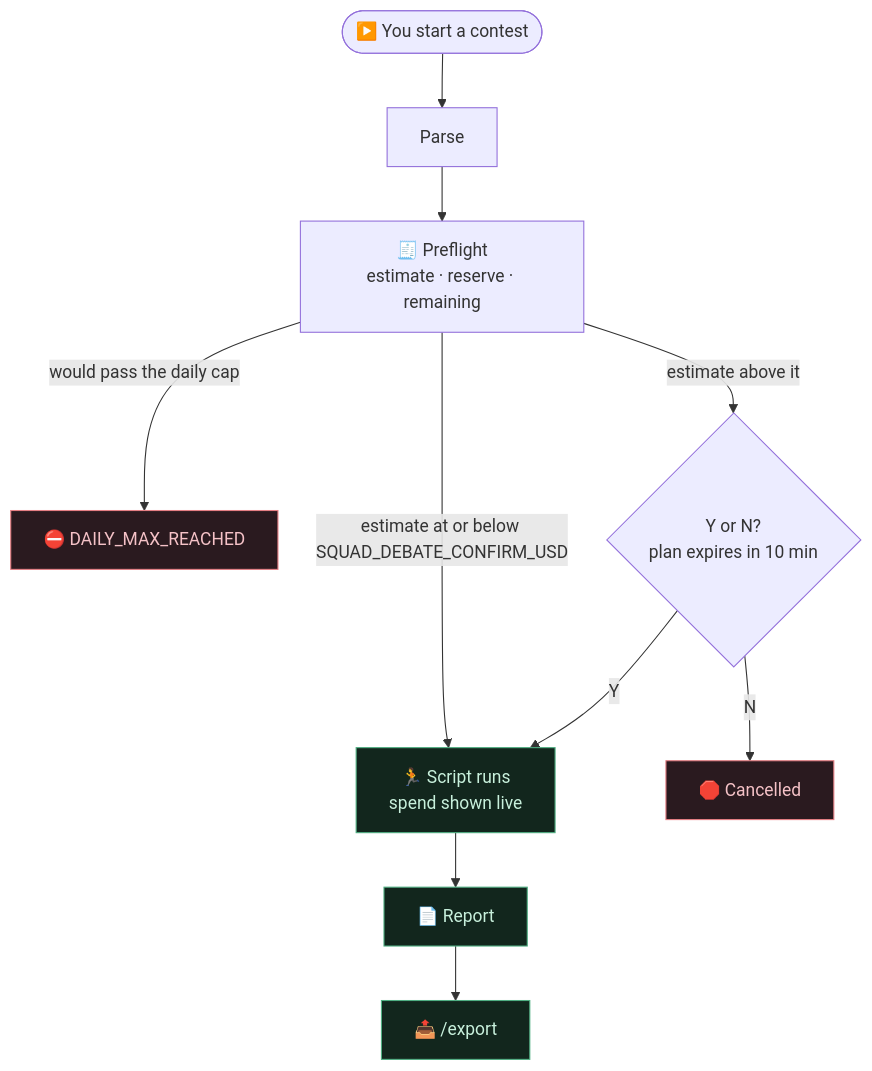
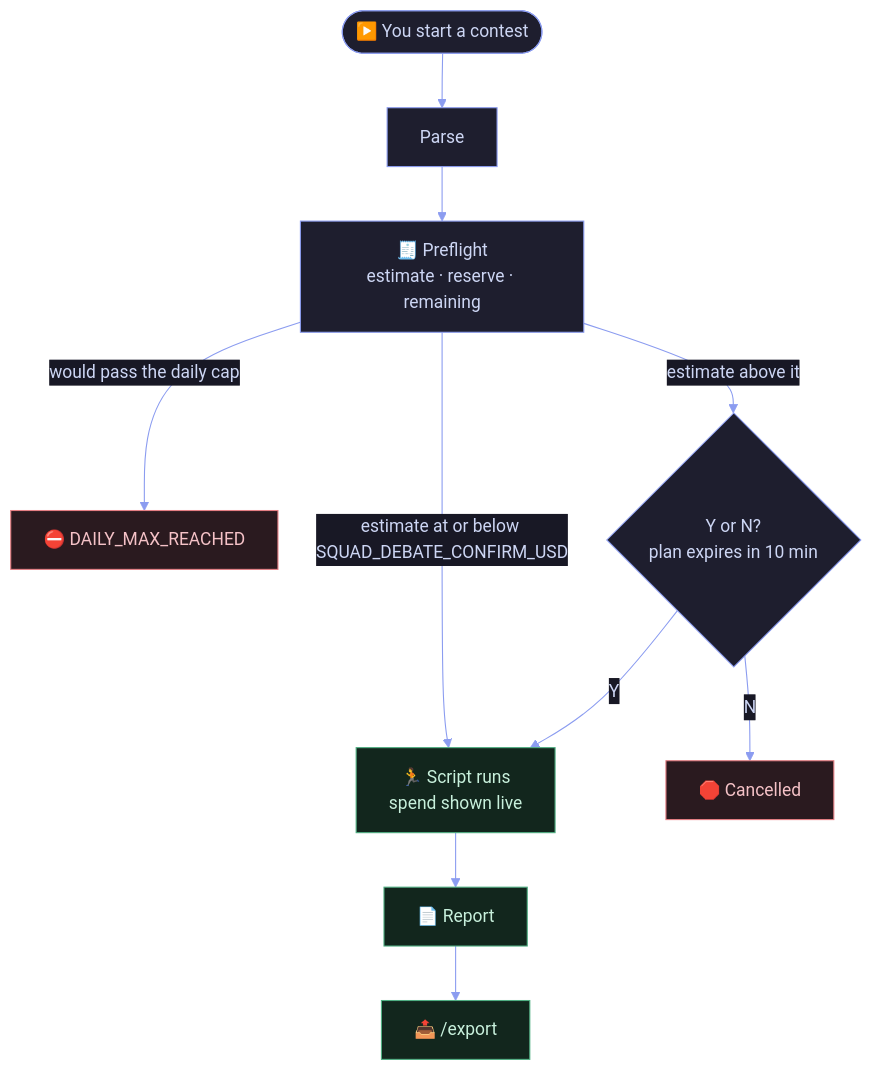
One commit to shoemoney/squad changed the fifth of 8 diagrams in README.md. Above: the diagram before and after it, drawn with Mermaid. The commit also changed other lines of this file and 20 other files, not shown here.

````diff
--- a/README.md
+++ b/README.md
@@ -1083,14 +1112,15 @@
 ```mermaid
+%%{init: {'theme':'base','themeVariables':{'primaryColor':'#1e1e2e','primaryTextColor':'#cdd6f4','primaryBorderColor':'#8b9cf0','lineColor':'#8b9cf0','secondaryColor':'#181825','tertiaryColor':'#1e1e2e','noteBkgColor':'#181825','noteTextColor':'#cdd6f4','actorBkg':'#1e1e2e','actorBorder':'#8b9cf0','actorTextColor':'#cdd6f4','signalColor':'#cdd6f4'}}}%%
 flowchart TD
     S(["▶️ You start a contest"]) --> Pa["Parse"] --> Pf["🧾 Preflight<br/>estimate · reserve · remaining"]
     Pf -->|"would pass the daily cap"| R["⛔ DAILY_MAX_REACHED"]
     Pf -->|"estimate at or below SQUAD_DEBATE_CONFIRM_USD"| Run["🏃 Script runs<br/>spend shown live"]
     Pf -->|"estimate above it"| Cf{"Y or N?<br/>plan expires in 10 min"}
     Cf -->|Y| Run
     Cf -->|N| X["🛑 Cancelled"]
     Run --> Rep["📄 Report"] --> Ex["📤 /export"]
     classDef warn fill:#2a1a1f,stroke:#e57f84,color:#f5c2c7
     classDef ok fill:#12261d,stroke:#4fae82,color:#c8f0dc
     class R,X warn
     class Run,Rep,Ex ok
 ```
````
